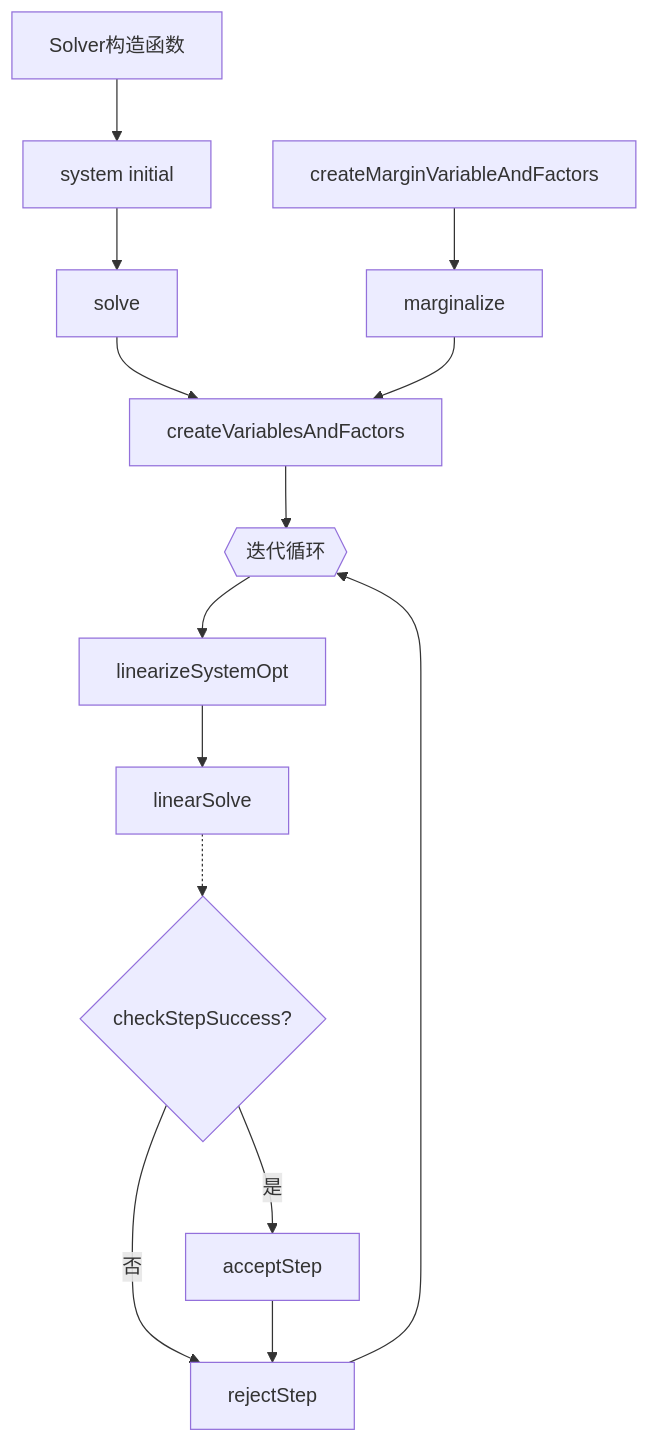
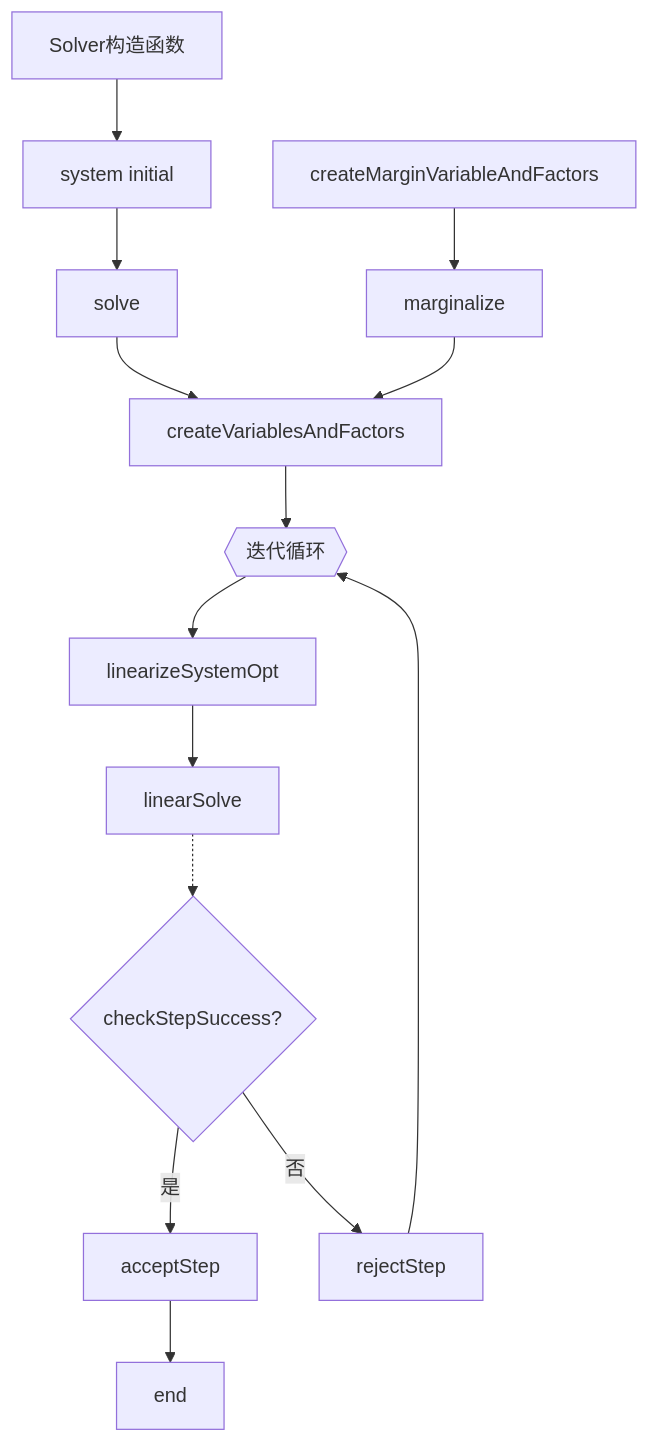
One commit to huzixuan1/iodraw-files changed the diagram in all/未命名-2.md. Above: the diagram before and after it, drawn with Mermaid.

Commit message:
2025-04-17 14:15:05 update

````diff
--- a/all/未命名-2.md
+++ b/all/未命名-2.md
@@ -1,20 +1,20 @@
 ```mermaid
 graph TD
     A[Solver构造函数] --> B[system initial]
     B --> C[solve]
     C --> D[createVariablesAndFactors]
     D --> E{{迭代循环}}
     E --> F[linearizeSystemOpt]
     F --> G[linearSolve]
 
     %% 模拟“右边”分支
     G -.-> H{checkStepSuccess?}
     H -- 是 --> I[acceptStep]
     H -- 否 --> J[rejectStep]
-    I --> 
+    I --> L[end]
     J --> E
 
     K[marginalize] --> D
     M[createMarginVariableAndFactors] --> K
 
 ```
````
